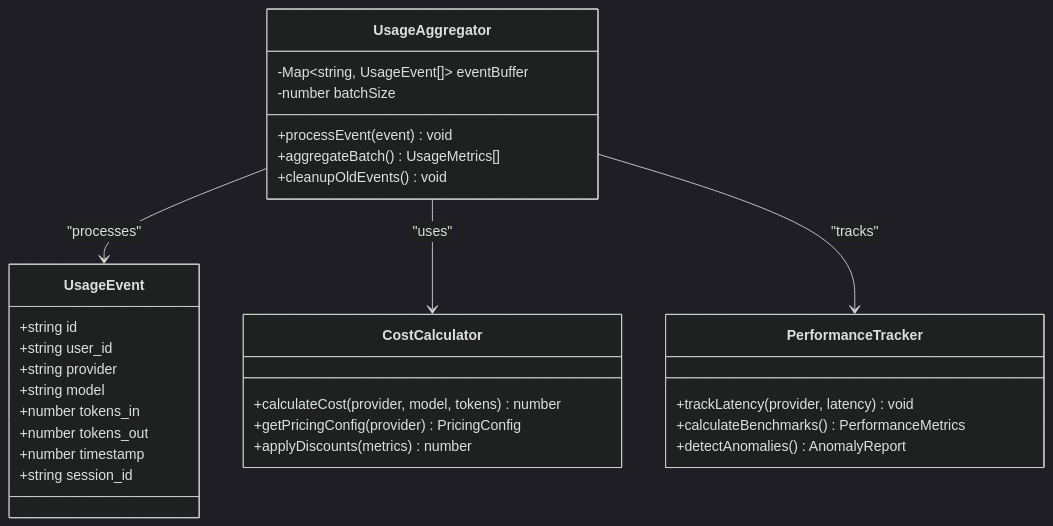
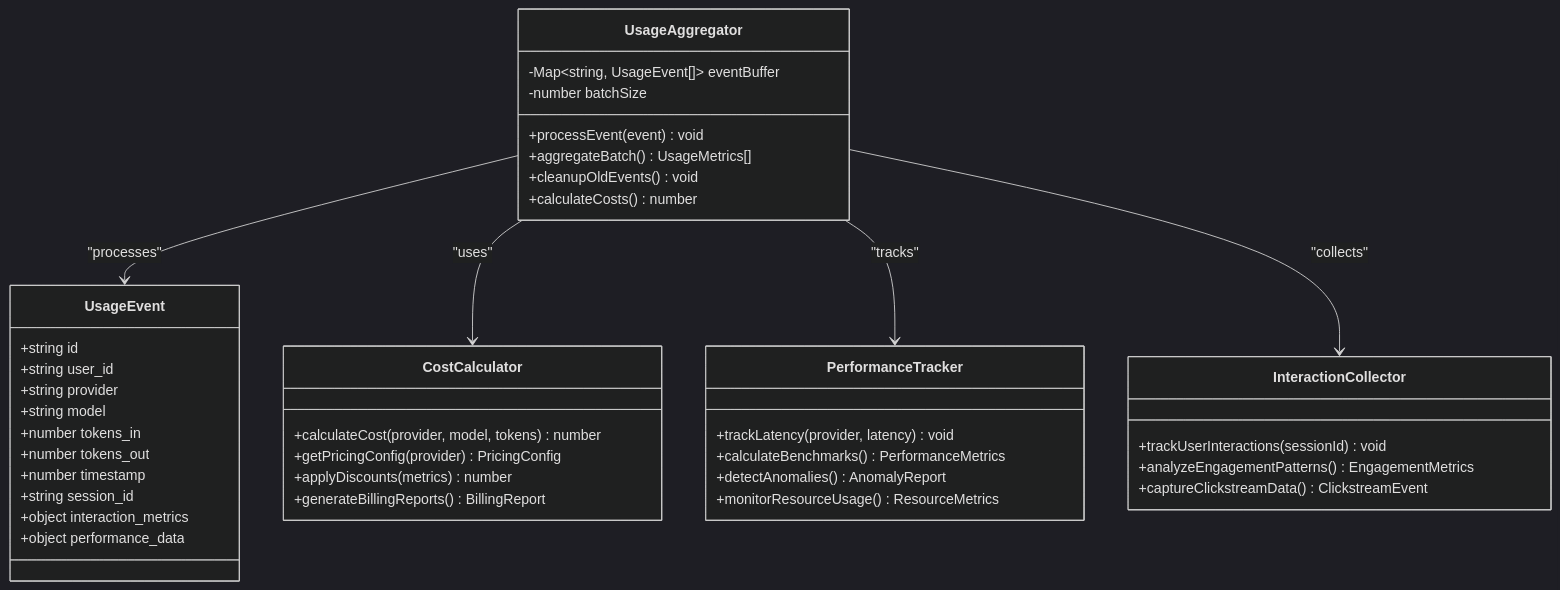
One commit to HassanAmeer/cheaprouter changed the fourth of 5 diagrams in .qoder/repowiki/en/content/API Reference/Analytics API.md. Above: the diagram before and after it, drawn with Mermaid (dark theme). The commit also changed other lines of this file and 54 other files, not shown here.

````diff
--- a/.qoder/repowiki/en/content/API Reference/Analytics API.md
+++ b/.qoder/repowiki/en/content/API Reference/Analytics API.md
@@ -159,33 +188,44 @@
 ```mermaid
 classDiagram
 class UsageEvent {
 +string id
 +string user_id
 +string provider
 +string model
 +number tokens_in
 +number tokens_out
 +number timestamp
 +string session_id
++object interaction_metrics
++object performance_data
 }
 class UsageAggregator {
 -Map~string, UsageEvent[]~ eventBuffer
 -number batchSize
 +processEvent(event) void
 +aggregateBatch() UsageMetrics[]
 +cleanupOldEvents() void
++calculateCosts() number
+}
+class InteractionCollector {
++trackUserInteractions(sessionId) void
++analyzeEngagementPatterns() EngagementMetrics
++captureClickstreamData() ClickstreamEvent
+}
+class PerformanceTracker {
++trackLatency(provider, latency) void
++calculateBenchmarks() PerformanceMetrics
++detectAnomalies() AnomalyReport
++monitorResourceUsage() ResourceMetrics
 }
 class CostCalculator {
 +calculateCost(provider, model, tokens) number
 +getPricingConfig(provider) PricingConfig
 +applyDiscounts(metrics) number
-}
-class PerformanceTracker {
-+trackLatency(provider, latency) void
-+calculateBenchmarks() PerformanceMetrics
-+detectAnomalies() AnomalyReport
++generateBillingReports() BillingReport
 }
 UsageAggregator --> UsageEvent : "processes"
 UsageAggregator --> CostCalculator : "uses"
 UsageAggregator --> PerformanceTracker : "tracks"
+UsageAggregator --> InteractionCollector : "collects"
 ```
````
